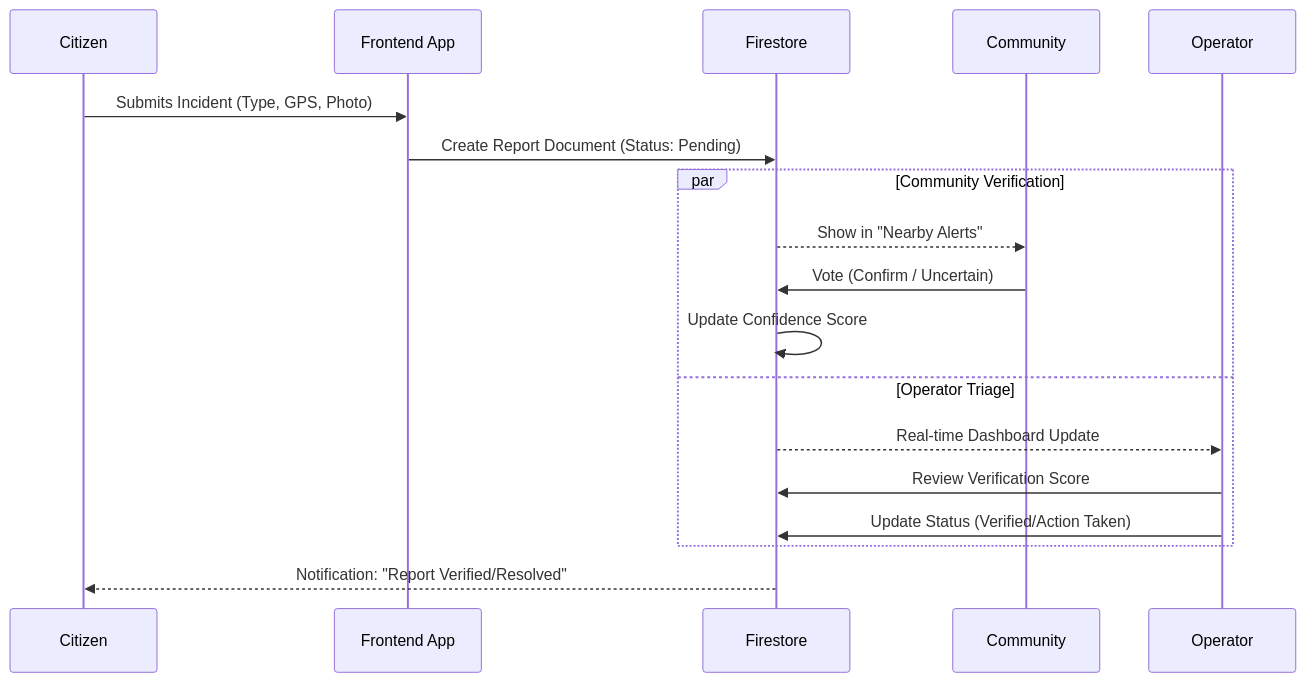
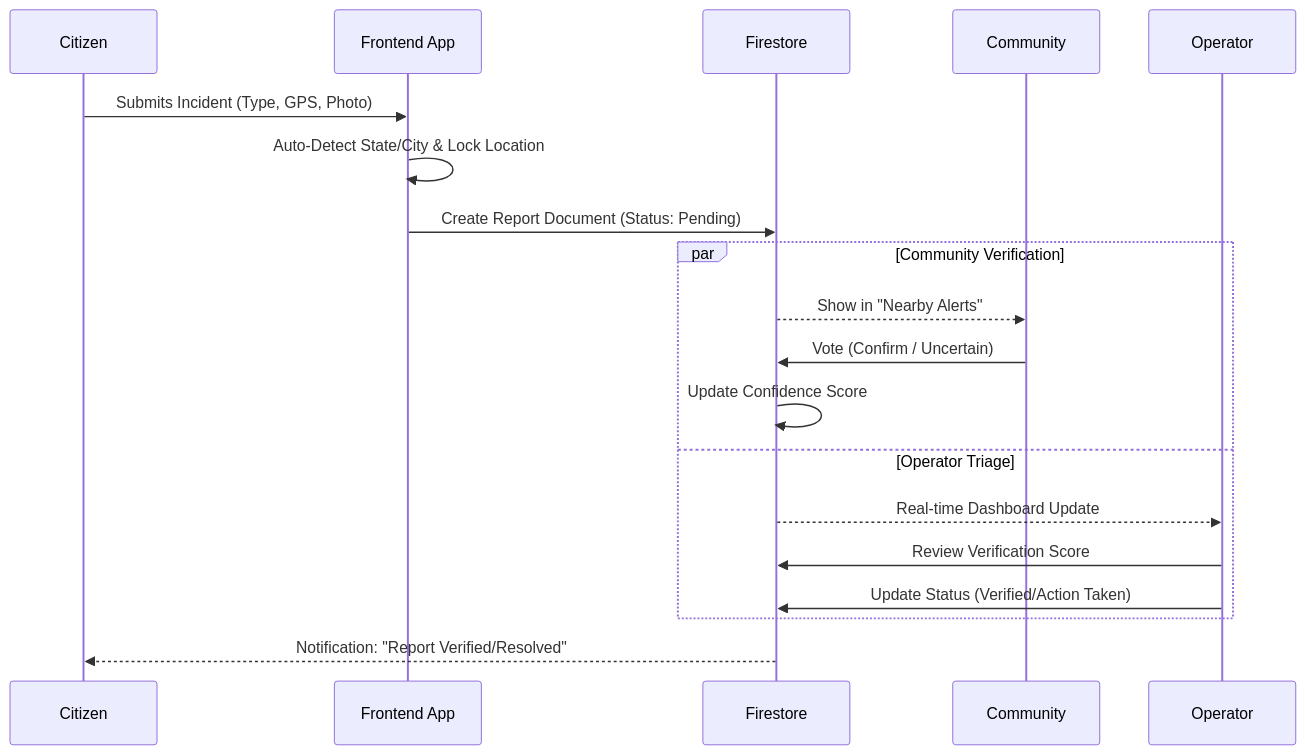
Before and after one commit to mohitUpraity/i-n-d-r-a: the second of 3 diagrams in README.md, drawn with Mermaid. The commit also changed other lines of this file and 6 other files, not shown here.

````diff
--- a/README.md
+++ b/README.md
@@ -112,23 +113,24 @@
 ```mermaid
 sequenceDiagram
     participant C as Citizen
     participant FE as Frontend App
     participant DB as Firestore
     participant VER as Community
     participant OP as Operator
 
     C->>FE: Submits Incident (Type, GPS, Photo)
+    FE->>FE: Auto-Detect State/City & Lock Location
     FE->>DB: Create Report Document (Status: Pending)
 
     par Community Verification
         DB-->>VER: Show in "Nearby Alerts"
         VER->>DB: Vote (Confirm / Uncertain)
         DB->>DB: Update Confidence Score
     and Operator Triage
         DB-->>OP: Real-time Dashboard Update
         OP->>DB: Review Verification Score
         OP->>DB: Update Status (Verified/Action Taken)
     end
 
     DB-->>C: Notification: "Report Verified/Resolved"
 ```
````
